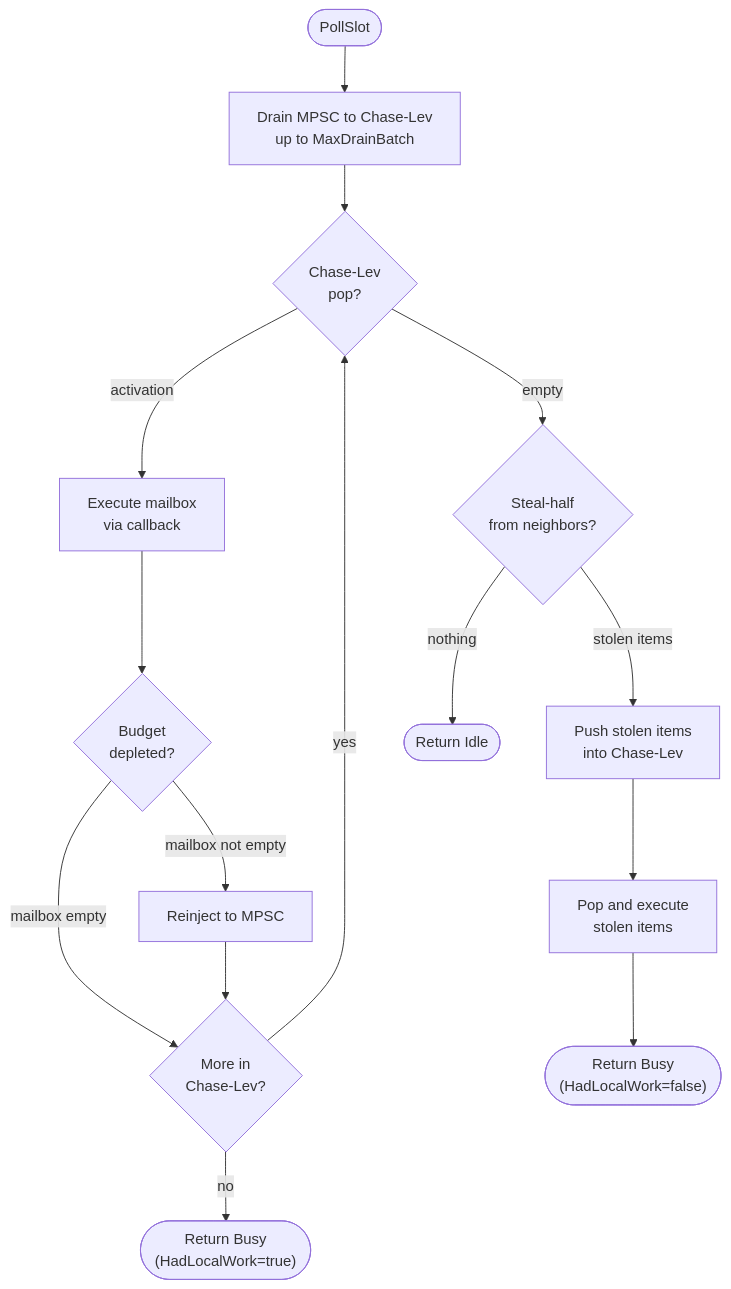
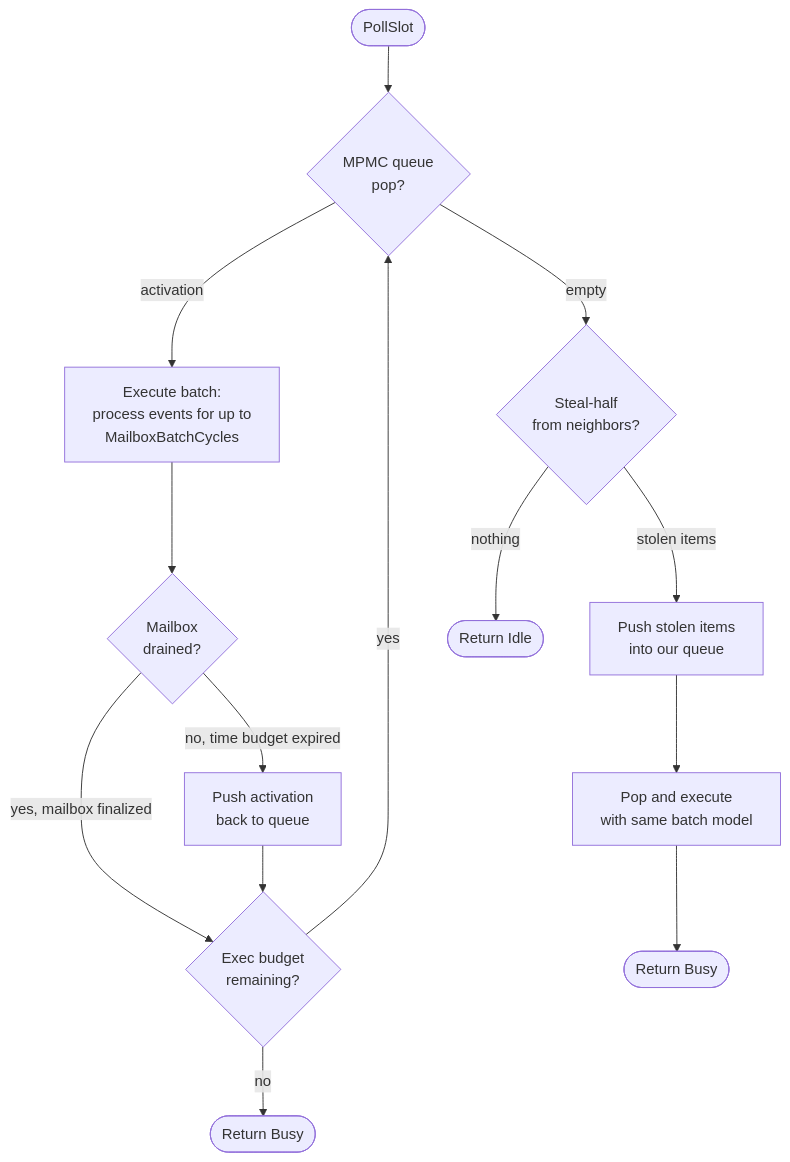
The third of 4 diagrams in ydb/library/actors/core/workstealing/doc/rfc.md (ak0rz/ydb), drawn with Mermaid before and after one commit. The commit also changed other lines of this file and 3 other files, not shown here.

First line of the commit message:
Time-based mailbox batching, update RFC with EPYC results

````diff
--- a/ydb/library/actors/core/workstealing/doc/rfc.md
+++ b/ydb/library/actors/core/workstealing/doc/rfc.md
@@ -91,19 +92,18 @@
 ```mermaid
 flowchart TD
-    START([PollSlot]) --> DRAIN[Drain MPSC to Chase-Lev<br/>up to MaxDrainBatch]
-    DRAIN --> POP
+    START([PollSlot]) --> POP
 
-    POP{Chase-Lev<br/>pop?} -->|activation| EXEC[Execute mailbox<br/>via callback]
-    EXEC --> BUDGET{Budget<br/>depleted?}
-    BUDGET -->|mailbox not empty| REINJECT[Reinject to MPSC]
-    BUDGET -->|mailbox empty| MORE{More in<br/>Chase-Lev?}
-    REINJECT --> MORE
-    MORE -->|yes| POP
-    MORE -->|no| BUSY_LOCAL(["Return Busy<br/>(HadLocalWork=true)"])
+    POP{MPMC queue<br/>pop?} -->|activation| BATCH[Execute batch:<br/>process events for up to<br/>MailboxBatchCycles]
+    BATCH --> DONE{Mailbox<br/>drained?}
+    DONE -->|no, time budget expired| PUSH[Push activation<br/>back to queue]
+    DONE -->|yes, mailbox finalized| BUDGET
+    PUSH --> BUDGET{Exec budget<br/>remaining?}
+    BUDGET -->|yes| POP
+    BUDGET -->|no| BUSY(["Return Busy"])
 
     POP -->|empty| STEAL{Steal-half<br/>from neighbors?}
-    STEAL -->|stolen items| PUSH[Push stolen items<br/>into Chase-Lev]
-    PUSH --> EXEC_STOLEN[Pop and execute<br/>stolen items]
-    EXEC_STOLEN --> BUSY_STOLEN(["Return Busy<br/>(HadLocalWork=false)"])
+    STEAL -->|stolen items| PUSH_STOLEN[Push stolen items<br/>into our queue]
+    PUSH_STOLEN --> EXEC_STOLEN[Pop and execute<br/>with same batch model]
+    EXEC_STOLEN --> BUSY_STOLEN(["Return Busy"])
     STEAL -->|nothing| IDLE([Return Idle])
 ```
````
